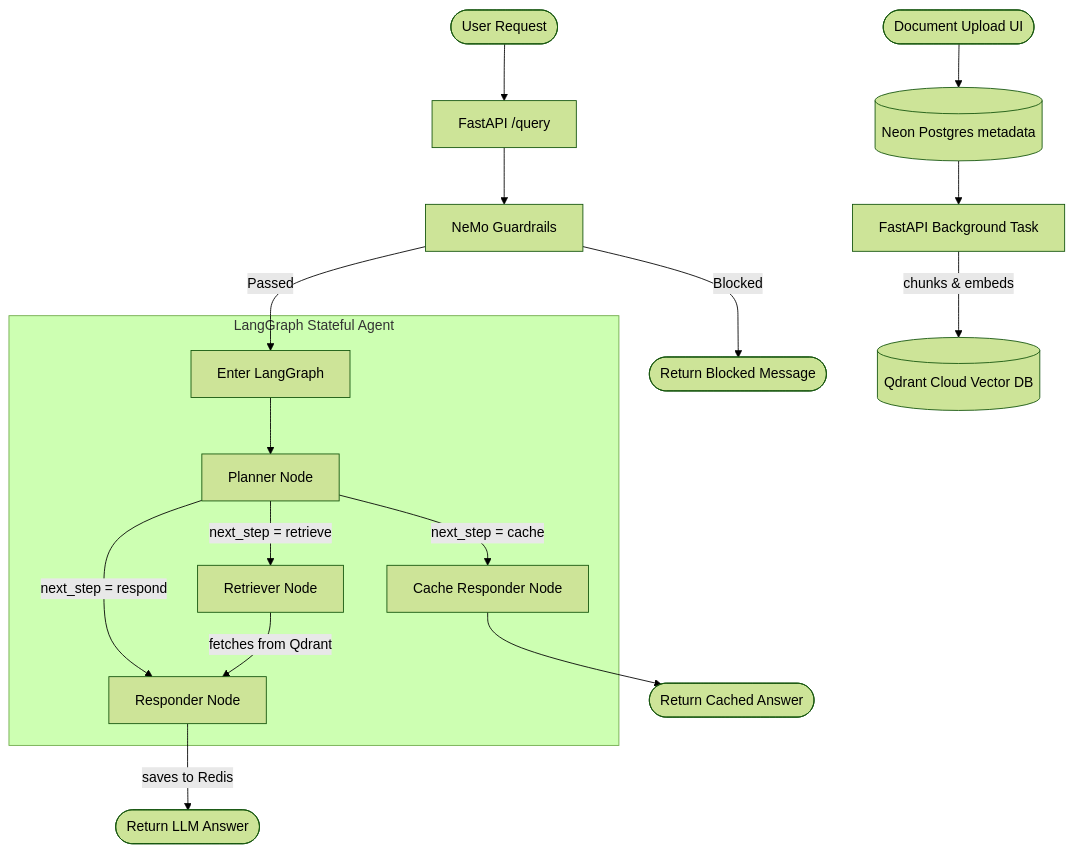
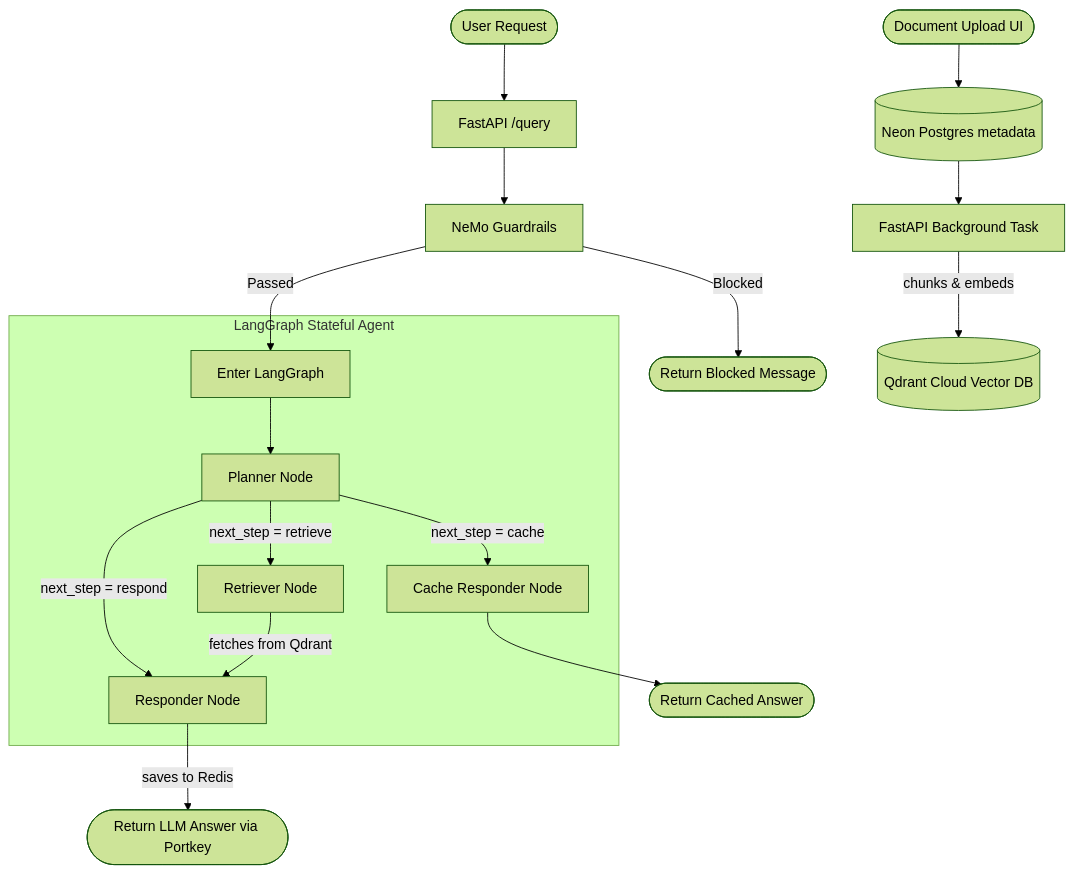
The first of 2 diagrams in README.md (Manishydvv/Agentic-rag), drawn with Mermaid (forest theme) before and after one commit. The commit also changed other lines of this file, not shown here.

Commit message:
Fix environment variables and add Eval Mermaid diagram [skip ci]

````diff
--- a/README.md
+++ b/README.md
@@ -24,30 +26,30 @@
 ```mermaid
 graph TD
     %% Main API Flow
     User([User Request]) --> API[FastAPI /query]
     API --> Guardrails[NeMo Guardrails]
     
     %% Guardrails
     Guardrails -- Blocked --> Reject([Return Blocked Message])
     Guardrails -- Passed --> GraphEntry[Enter LangGraph]
     
     %% LangGraph Flow
     subgraph LangGraph [LangGraph Stateful Agent]
         GraphEntry --> Planner[Planner Node]
         
         Planner -- next_step = cache --> CacheResponder[Cache Responder Node]
         Planner -- next_step = retrieve --> Retriever[Retriever Node]
         Planner -- next_step = respond --> Responder[Responder Node]
         
         Retriever -- fetches from Qdrant --> Responder
     end
     
     %% Exits
     CacheResponder --> ReturnCache([Return Cached Answer])
-    Responder -- saves to Redis --> ReturnAnswer([Return LLM Answer])
+    Responder -- saves to Redis --> ReturnAnswer([Return LLM Answer via Portkey])
     
     %% Document Ingestion (Background)
     UI([Document Upload UI]) --> DB[(Neon Postgres metadata)]
     DB --> BgTask[FastAPI Background Task]
     BgTask -- chunks & embeds --> Qdrant[(Qdrant Cloud Vector DB)]
 ```
````
